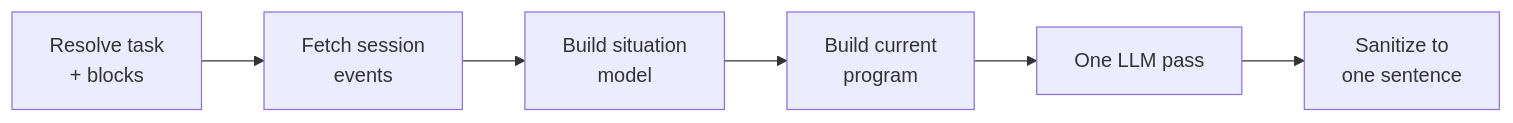
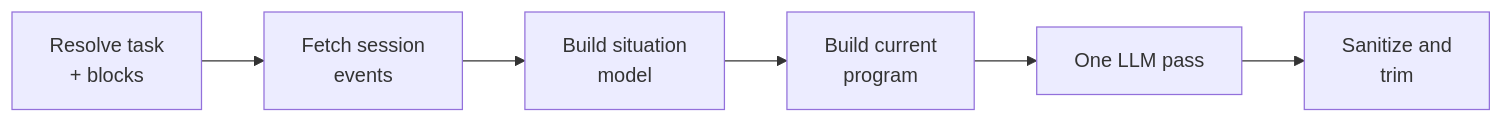
Before and after one commit to InviteInstitute/vex-agent-integration: the diagram in docs/concepts/feedback-pipeline.md, drawn with Mermaid. The commit also changed other lines of this file and 13 other files, not shown here.

````diff
--- a/docs/concepts/feedback-pipeline.md
+++ b/docs/concepts/feedback-pipeline.md
@@ -14,8 +14,8 @@
 ```mermaid
 flowchart LR
     a["Resolve task<br/>+ blocks"] --> b["Fetch session<br/>events"]
     b --> c["Build situation<br/>model"]
     c --> d["Build current<br/>program"]
     d --> e["One LLM pass"]
-    e --> f["Sanitize to<br/>one sentence"]
+    e --> f["Sanitize and<br/>trim"]
 ```
````
